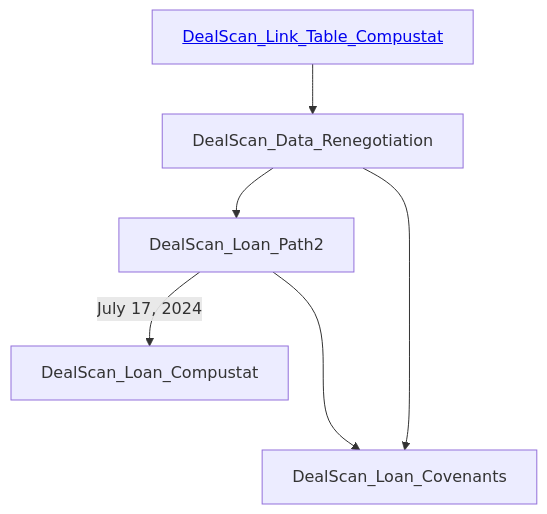
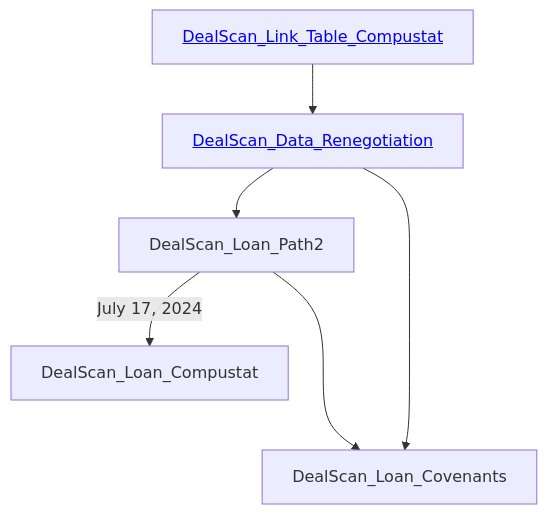
The diagram in research/project-2024/DealScan2024/readme.md (hongyileoxu/hongyileoxu.github.io), drawn with Mermaid before and after one commit.

````diff
--- a/research/project-2024/DealScan2024/readme.md
+++ b/research/project-2024/DealScan2024/readme.md
@@ -7,7 +7,7 @@
 ```mermaid
 flowchart TD;
-    A[<a href='https://hongyileoxu.github.io/research/project-2024/DealScan2024/DealScan_Link_Table_Compustat.html'>DealScan_Link_Table_Compustat</a>] --> B[DealScan_Data_Renegotiation] --> C[<a href='https://hongyileoxu.github.io/research/project-2024/DealScan2024/DealScan_Loan_Path2.html'>DealScan_Loan_Path2</a>];
+    A[<a href='https://hongyileoxu.github.io/research/project-2024/DealScan2024/DealScan_Link_Table_Compustat.html'>DealScan_Link_Table_Compustat</a>] --> B[<a href='https://hongyileoxu.github.io/research/project-2024/DealScan2024/DealScan_Data_Renegotiation.html'>DealScan_Data_Renegotiation</a>] --> C[<a href='https://hongyileoxu.github.io/research/project-2024/DealScan2024/DealScan_Loan_Path2.html'>DealScan_Loan_Path2</a>];
     C[DealScan_Loan_Path2] --July 17, 2024--> D[DealScan_Loan_Compustat];
     C[DealScan_Loan_Path2] ---> D2[DealScan_Loan_Covenants];
     B --> D2; 
 ```
````
